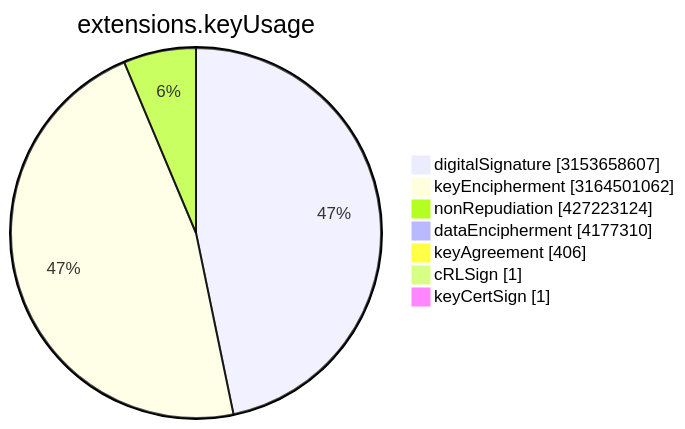
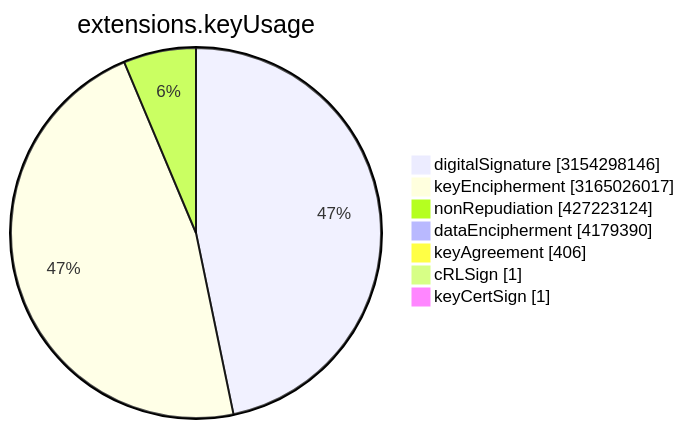
Before and after one commit to christiankrug/ctmonitor_visualization: the sixth of 15 diagrams in TOTAL/README.md, drawn with Mermaid. The commit also changed other lines of this file, not shown here.

````diff
--- a/TOTAL/README.md
+++ b/TOTAL/README.md
@@ -3077,11 +3077,11 @@
 ```mermaid
 pie showData
 title extensions.keyUsage
-"digitalSignature" :3153658607
-"keyEncipherment" :3164501062
+"digitalSignature" :3154298146
+"keyEncipherment" :3165026017
 "nonRepudiation" :427223124
-"dataEncipherment" :4177310
+"dataEncipherment" :4179390
 "keyAgreement" :406
 "cRLSign" :1
 "keyCertSign" :1
 ```
````
